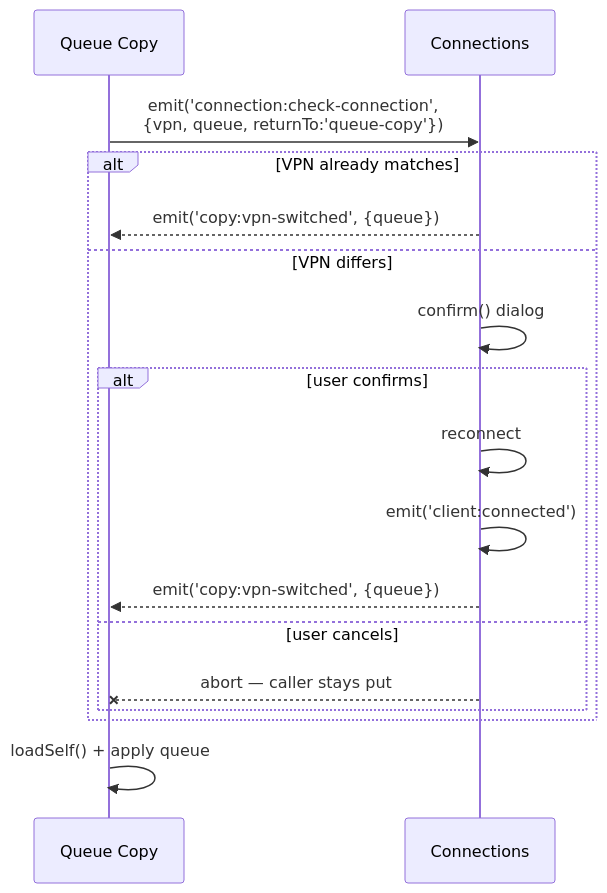
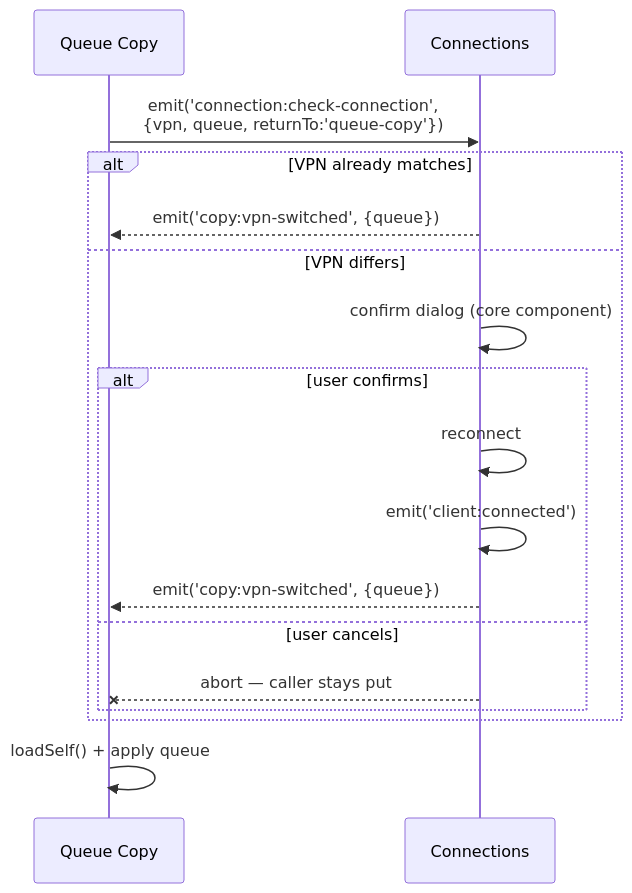
One commit to SolaceLabs/solace-msg-utility changed the second of 5 diagrams in docs/architecture.md. Above: the diagram before and after it, drawn with Mermaid. The commit also changed other lines of this file and 242 other files, not shown here.

````diff
--- a/docs/architecture.md
+++ b/docs/architecture.md
@@ -204,22 +204,22 @@
 ```mermaid
 sequenceDiagram
     participant QC as Queue Copy
     participant CN as Connections
 
     QC->>CN: emit('connection:check-connection',<br/>{vpn, queue, returnTo:'queue-copy'})
 
     alt VPN already matches
         CN-->>QC: emit('copy:vpn-switched', {queue})
     else VPN differs
-        CN->>CN: confirm() dialog
+        CN->>CN: confirm dialog (core component)
         alt user confirms
             CN->>CN: reconnect
             CN->>CN: emit('client:connected')
             CN-->>QC: emit('copy:vpn-switched', {queue})
         else user cancels
             CN--xQC: abort — caller stays put
         end
     end
 
     QC->>QC: loadSelf() + apply queue
 ```
````
